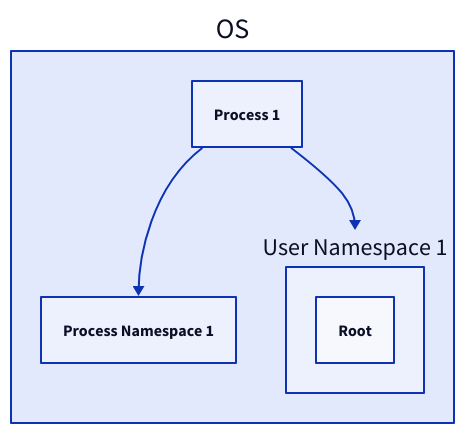
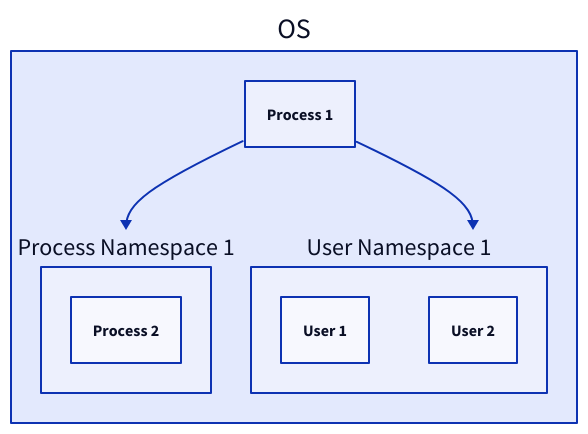
Before and after one commit to link1905/system-design-101: the tenth of 26 diagrams in content/docs/system-administration/system-deployment/containerization.md, drawn with D2. The commit also changed other lines of this file and 21 other files, not shown here.

````diff
--- a/content/docs/system-administration/system-deployment/containerization.md
+++ b/content/docs/system-administration/system-deployment/containerization.md
@@ -320,15 +334,22 @@
 ```d2
 OS {
-    p: Process Namespace 1
+    p: Process Namespace 1 {
+      p1: Process 2 {
+        class: process
+      }
+    }
     u: User Namespace 1 {
-      u1: Root {
-          class: user
+      u1: User 1 {
+        class: client
+      }
+      u2: User 2 {
+        class: client
       }
     }
     p1: Process 1 {
       class: process
     }
     p1 -> p
     p1 -> u
 }
 ```
````
